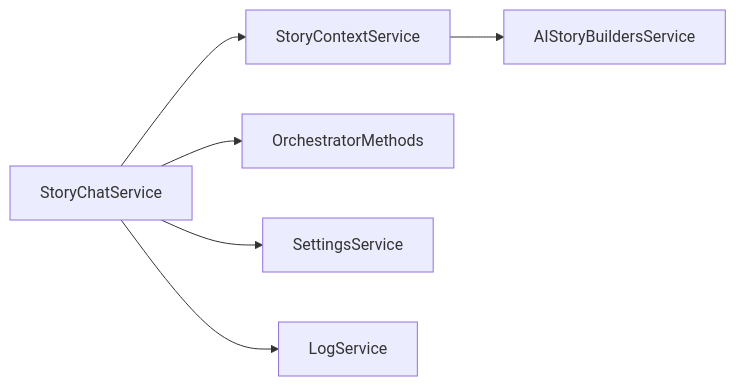
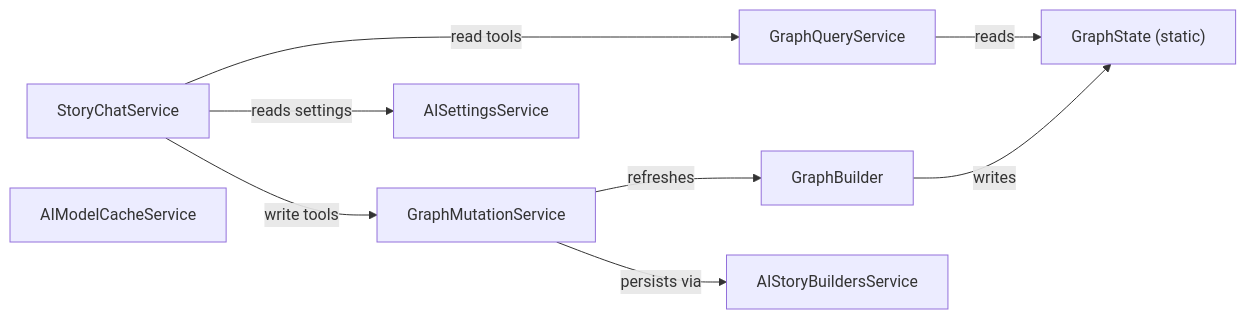
Diagram 16 of 16 in docs/chat-tab-implementation-plan.md (AIStoryBuilders/AIStoryBuilders), drawn with Mermaid before and after one commit. The commit also changed other lines of this file and 1 other file, not shown here.

````diff
--- a/docs/chat-tab-implementation-plan.md
+++ b/docs/chat-tab-implementation-plan.md
@@ -602,15 +2769,19 @@
 ```mermaid
 graph LR
     SCS[StoryChatService]
-    SCTX[StoryContextService]
-    OM[OrchestratorMethods]
-    AISBS[AIStoryBuildersService]
-    SS[SettingsService]
-    LS[LogService]
+    GQS[GraphQueryService]
+    GMS[GraphMutationService]
+    AIS[AISettingsService]
+    AMC[AIModelCacheService]
+    GB[GraphBuilder]
+    GS["GraphState (static)"]
+    ASBS[AIStoryBuildersService]
 
-    SCS --> SCTX
-    SCS --> OM
-    SCS --> SS
-    SCS --> LS
-    SCTX --> AISBS
+    SCS -->|"read tools"| GQS
+    SCS -->|"write tools"| GMS
+    SCS -->|"reads settings"| AIS
+    GQS -->|"reads"| GS
+    GMS -->|"persists via"| ASBS
+    GMS -->|"refreshes"| GB
+    GB -->|"writes"| GS
 ```
````
